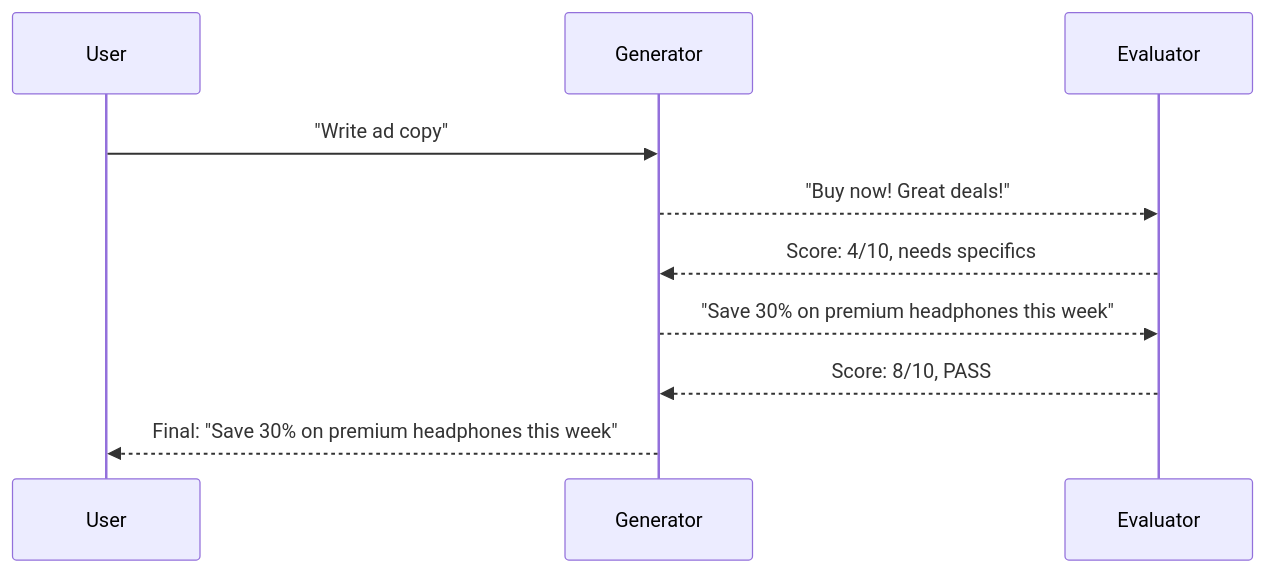
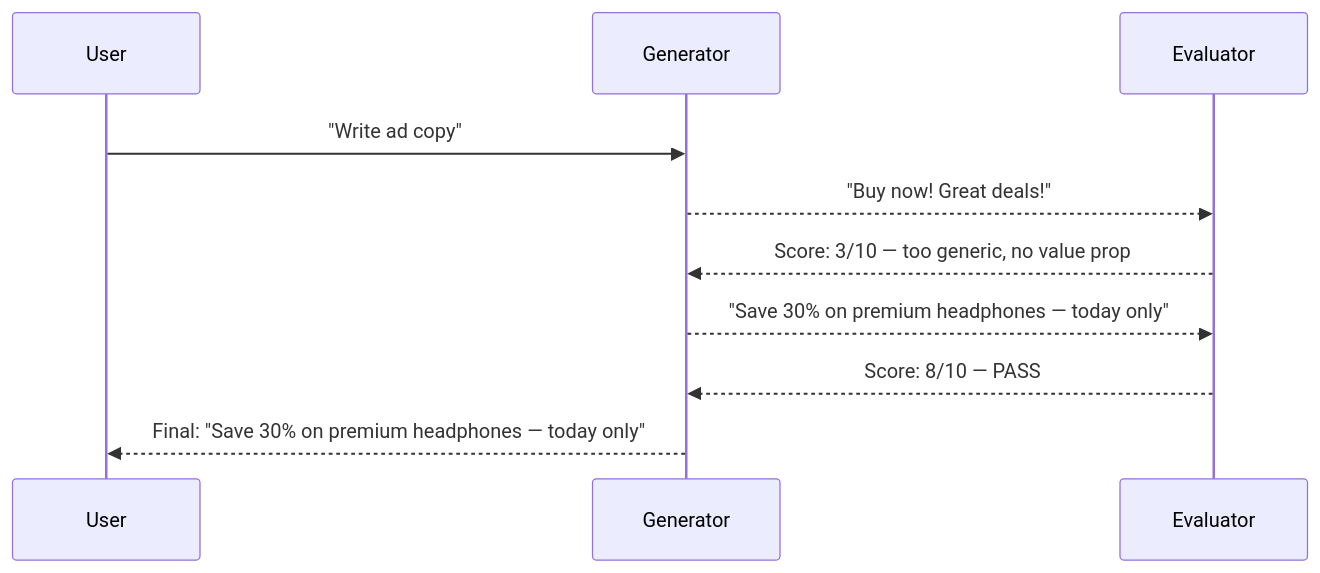
The diagram in docs/patterns/resolution/evaluator-optimizer.md (pyagent-core/pyagent), drawn with Mermaid before and after one commit. The commit also changed other lines of this file and 152 other files, not shown here.

````diff
--- a/docs/patterns/resolution/evaluator-optimizer.md
+++ b/docs/patterns/resolution/evaluator-optimizer.md
@@ -7,13 +12,13 @@
 ```mermaid
 sequenceDiagram
     participant U as User
     participant G as Generator
     participant E as Evaluator
 
     U->>G: "Write ad copy"
     G-->>E: "Buy now! Great deals!"
-    E-->>G: Score: 4/10, needs specifics
-    G-->>E: "Save 30% on premium headphones this week"
-    E-->>G: Score: 8/10, PASS
-    G-->>U: Final: "Save 30% on premium headphones this week"
+    E-->>G: Score: 3/10 — too generic, no value prop
+    G-->>E: "Save 30% on premium headphones — today only"
+    E-->>G: Score: 8/10 — PASS
+    G-->>U: Final: "Save 30% on premium headphones — today only"
 ```
````
